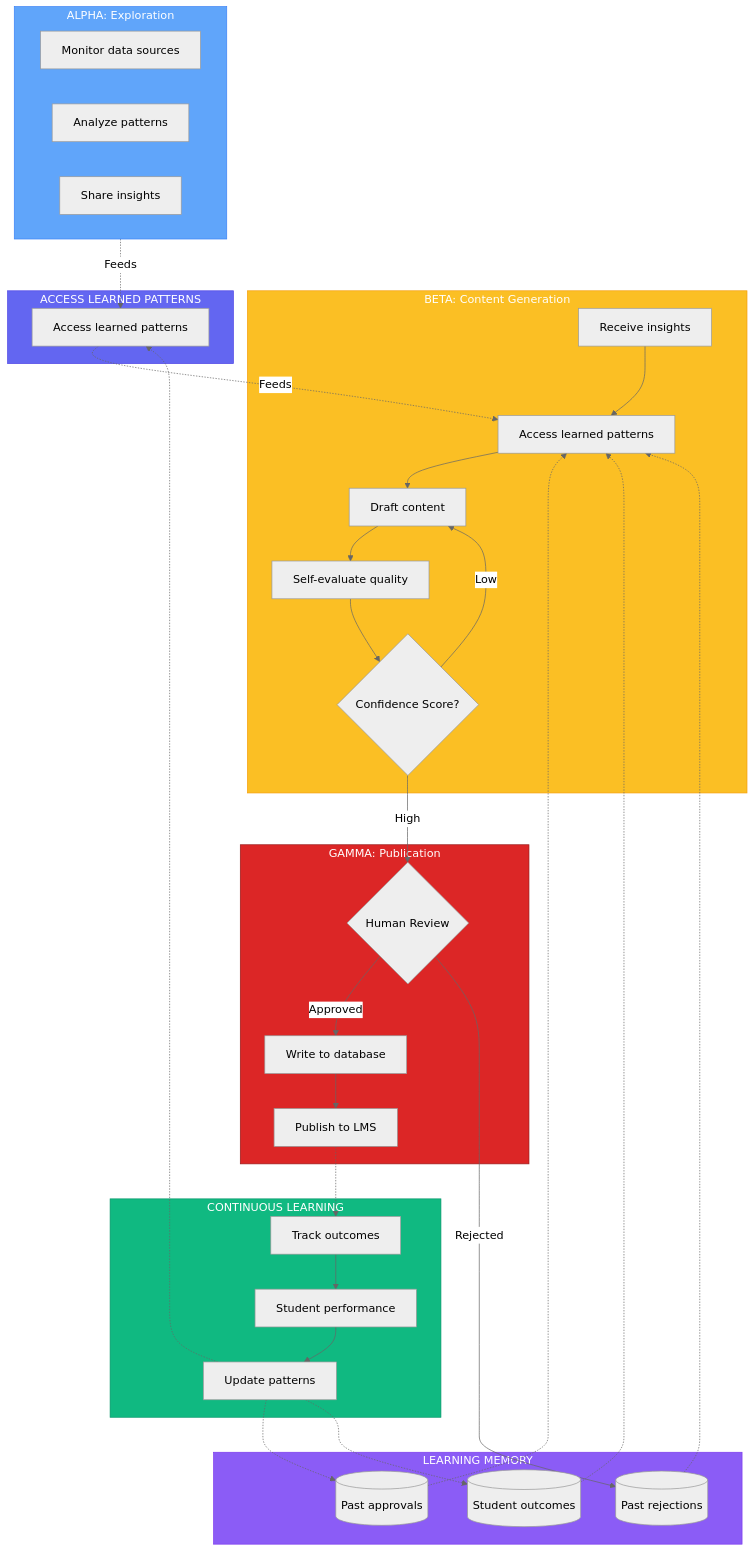
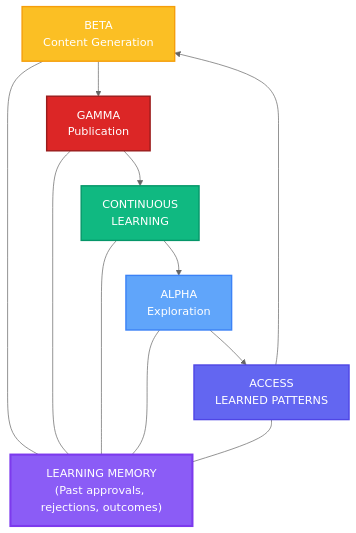
One commit to Lizo-RoadTown/Portfolio changed the second of 4 diagrams in demos/bronco-demo/architecture.md. Above: the diagram before and after it, drawn with Mermaid (neutral theme).

Commit message:
fix: visually center learning memory in agent workflow diagram and connect all groups in a circle

````diff
--- a/demos/bronco-demo/architecture.md
+++ b/demos/bronco-demo/architecture.md
@@ -111,66 +111,34 @@
 ```mermaid
 flowchart TB
-    %% Node definitions (with explicit IDs for layout)
-    subgraph Alpha["ALPHA: Exploration"]
-        alpha1[Monitor data sources]
-        alpha2[Analyze patterns]
-        alpha3[Share insights]
-    end
+    %% Outer circle nodes
+    Beta["BETA<br>Content Generation"]
+    Gamma["GAMMA<br>Publication"]
+    Continuous["CONTINUOUS<br>LEARNING"]
+    Alpha["ALPHA<br>Exploration"]
+    Access["ACCESS<br>LEARNED PATTERNS"]
 
-    subgraph Beta["BETA: Content Generation"]
-        beta1[Receive insights]
-        beta2[Access learned patterns]
-        beta3[Draft content]
-        beta4[Self-evaluate quality]
-        beta5{Confidence Score?}
-    end
+    %% Center node
+    Memory["LEARNING MEMORY<br>(Past approvals, rejections, outcomes)"]
 
-    subgraph Gamma["GAMMA: Publication"]
-        gamma1{Human Review}
-        gamma2[Write to database]
-        gamma3[Publish to LMS]
-    end
+    %% Circular flow
+    Alpha --> Access
+    Access --> Beta
+    Beta --> Gamma
+    Gamma --> Continuous
+    Continuous --> Alpha
 
-    subgraph Feedback["CONTINUOUS LEARNING"]
-        feedback1[Track outcomes]
-        feedback2[Student performance]
-        feedback3[Update patterns]
-    end
-
-    subgraph Access["ACCESS LEARNED PATTERNS"]
-        access1[Access learned patterns]
-    end
-
-    subgraph Memory["LEARNING MEMORY"]
-        memory1[(Past approvals)]
-        memory2[(Past rejections)]
-        memory3[(Student outcomes)]
-    end
-
-    %% Layout hints for circle
-    Alpha -.->|Feeds| access1
-    access1 -.->|Feeds| beta2
-    beta1 --> beta2 --> beta3 --> beta4 --> beta5
-    beta5 -- High --> gamma1
-    beta5 -- Low --> beta3
-    gamma1 -- Approved --> gamma2 --> gamma3 -.-> feedback1
-    gamma1 -- Rejected --> memory2
-    feedback1 --> feedback2 --> feedback3 -.-> memory1
-    feedback3 -.-> memory3
-    memory1 -.-> beta2
-    memory2 -.-> beta2
-    memory3 -.-> beta2
-    feedback3 -.-> access1
-
-    %% Positioning (pseudo-circular)
-    %% Beta at top, Gamma right, Feedback bottom, Alpha left, Access left-center, Memory center
-    %% (Mermaid does not support absolute positioning, but this order helps)
+    %% All outer nodes connect to center
+    Beta --- Memory
+    Gamma --- Memory
+    Continuous --- Memory
+    Alpha --- Memory
+    Access --- Memory
 
     %% Style
-    style Alpha fill:#60a5fa,stroke:#3b82f6,color:#fff
-    style Beta fill:#fbbf24,stroke:#f59e0b,color:#fff
-    style Gamma fill:#dc2626,stroke:#991b1b,color:#fff
-    style Feedback fill:#10b981,stroke:#059669,color:#fff
-    style Access fill:#6366f1,stroke:#4f46e5,color:#fff
-    style Memory fill:#8b5cf6,stroke:#7c3aed,color:#fff
+    style Beta fill:#fbbf24,stroke:#f59e0b,color:#fff,stroke-width:2px
+    style Gamma fill:#dc2626,stroke:#991b1b,color:#fff,stroke-width:2px
+    style Continuous fill:#10b981,stroke:#059669,color:#fff,stroke-width:2px
+    style Alpha fill:#60a5fa,stroke:#3b82f6,color:#fff,stroke-width:2px
+    style Access fill:#6366f1,stroke:#4f46e5,color:#fff,stroke-width:2px
+    style Memory fill:#8b5cf6,stroke:#7c3aed,color:#fff,stroke-width:3px
 ```
````
